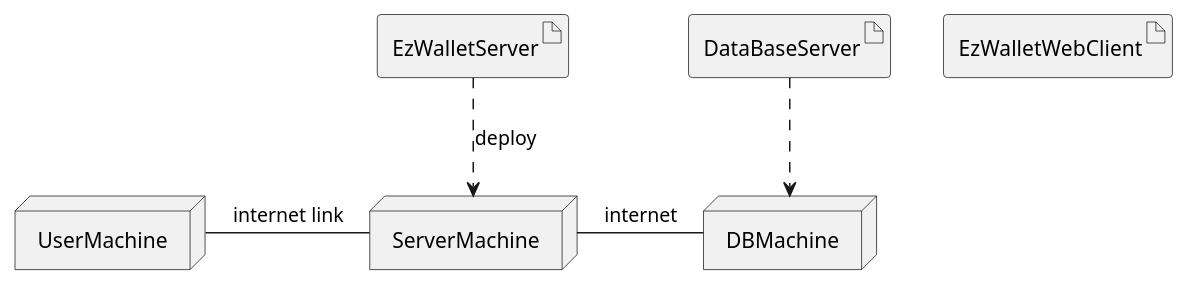
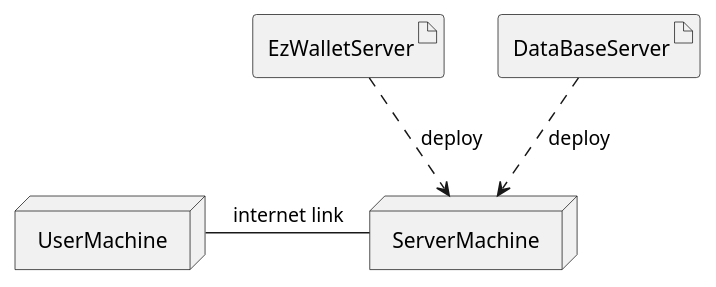
Before and after one commit to lara-m2000/ezwallet: the fifth of 5 diagrams in RequirementsDocumentV1.md, drawn with PlantUML. The commit also changed other lines of this file, not shown here.

Commit message:
docs: updated system design and deployment diagram

````diff
--- a/RequirementsDocumentV1.md
+++ b/RequirementsDocumentV1.md
@@ -567,28 +566,20 @@
 ```plantuml
 @startuml
 
 
 artifact EzWalletServer
+artifact DataBaseServer
 node ServerMachine
 
 EzWalletServer ..> ServerMachine : deploy
+DataBaseServer ..> ServerMachine : deploy
 
 
-artifact DataBaseServer
-node DBMachine
-
-DataBaseServer ..> DBMachine
-
-
-
-ServerMachine - DBMachine : internet
-
-artifact EzWalletWebClient
 node UserMachine
 
 
 UserMachine - ServerMachine : internet link
 
 
 @enduml
 ```
````
